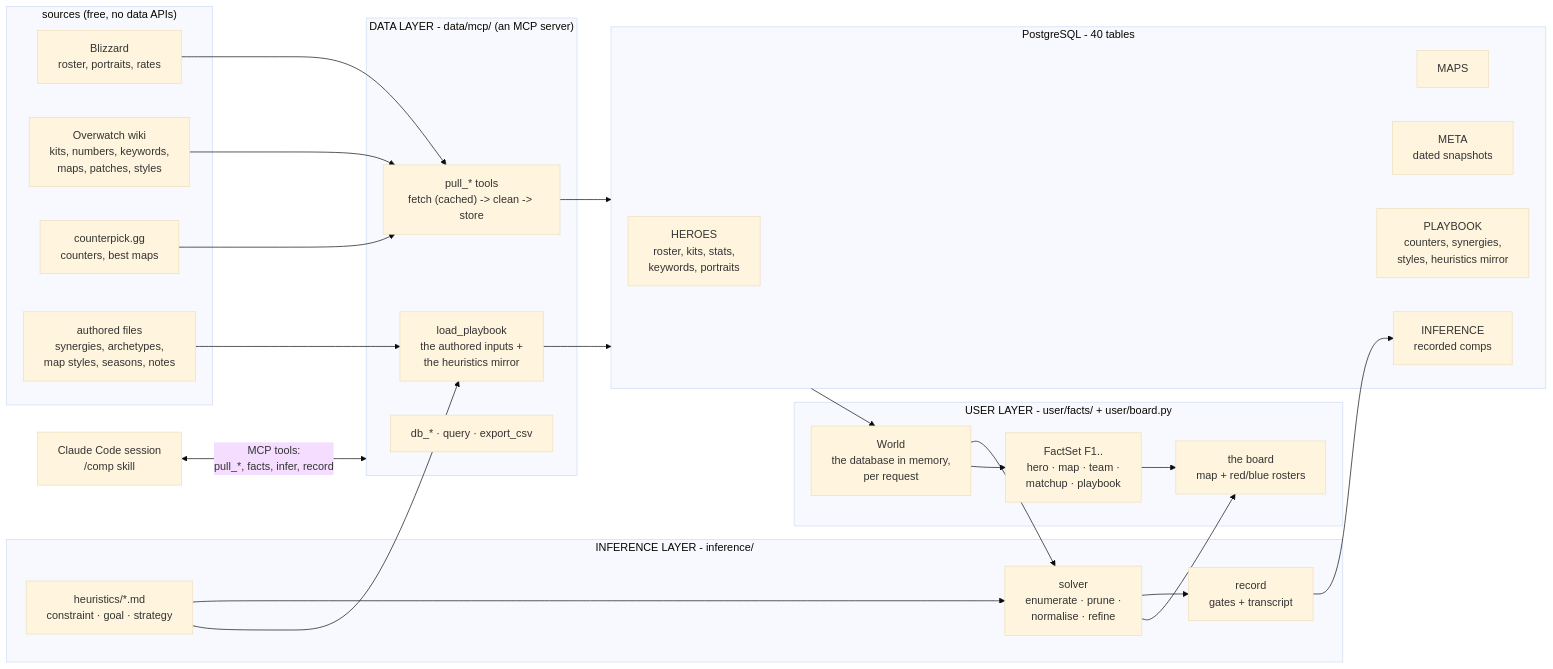
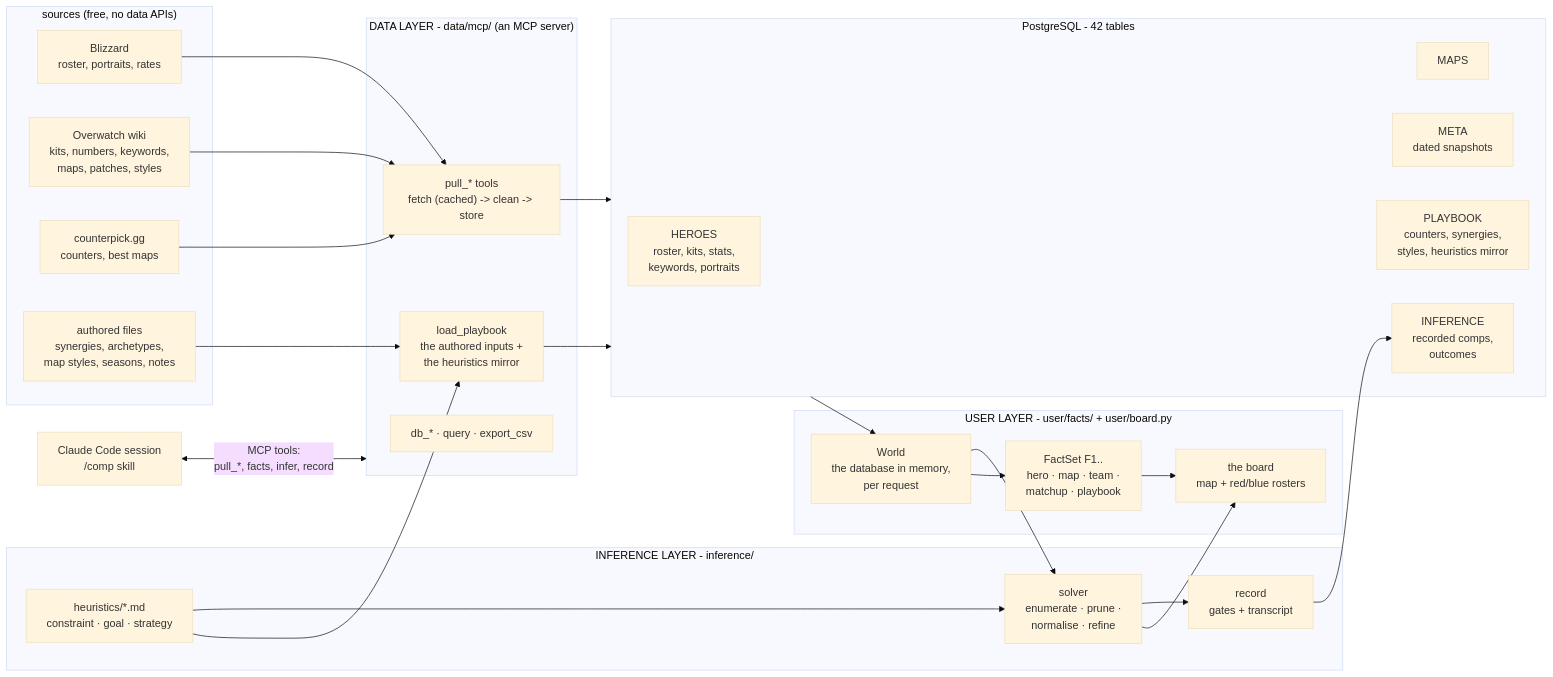
The first of 6 diagrams in docs/architecture.md (mmikol/counter-utility-matrix), drawn with Mermaid (base theme) before and after one commit. The commit also changed other lines of this file and 23 other files, not shown here.

````diff
--- a/docs/architecture.md
+++ b/docs/architecture.md
@@ -7,46 +7,46 @@
 ```mermaid
 flowchart LR
     subgraph SOURCES["sources (free, no data APIs)"]
         BLZ["Blizzard<br/>roster, portraits, rates"]
         WIKI["Overwatch wiki<br/>kits, numbers, keywords,<br/>maps, patches, styles"]
         CPK["counterpick.gg<br/>counters, best maps"]
         CSV["authored files<br/>synergies, archetypes,<br/>map styles, seasons, notes"]
     end
 
     subgraph DATA["DATA LAYER - data/mcp/ (an MCP server)"]
         PULL["pull_* tools<br/>fetch (cached) -> clean -> store"]
         PLAY["load_playbook<br/>the authored inputs +<br/>the heuristics mirror"]
         DBT["db_* · query · export_csv"]
     end
 
-    subgraph PG["PostgreSQL - 40 tables"]
+    subgraph PG["PostgreSQL - 42 tables"]
         HEROES["HEROES<br/>roster, kits, stats,<br/>keywords, portraits"]
         MAPS["MAPS"]
         META["META<br/>dated snapshots"]
         PLAYBOOK["PLAYBOOK<br/>counters, synergies,<br/>styles, heuristics mirror"]
-        INF["INFERENCE<br/>recorded comps"]
+        INF["INFERENCE<br/>recorded comps,<br/>outcomes"]
     end
 
     subgraph USER["USER LAYER - user/facts/ + user/board.py"]
         WORLD["World<br/>the database in memory,<br/>per request"]
         FACTS["FactSet F1..<br/>hero · map · team ·<br/>matchup · playbook"]
         BOARD["the board<br/>map + red/blue rosters"]
     end
 
     subgraph INFER["INFERENCE LAYER - inference/"]
         HEUR["heuristics/*.md<br/>constraint · goal · strategy"]
         SOLVER["solver<br/>enumerate · prune ·<br/>normalise · refine"]
         REC["record<br/>gates + transcript"]
     end
 
     BLZ & WIKI & CPK --> PULL
     CSV --> PLAY
     HEUR --> PLAY
     PULL & PLAY --> PG
     PG --> WORLD --> FACTS --> BOARD
     WORLD --> SOLVER
     HEUR --> SOLVER
     SOLVER --> BOARD
     SOLVER --> REC --> INF
     CHAT["Claude Code session<br/>/comp skill"] <-->|"MCP tools:<br/>pull_*, facts, infer, record"| DATA
 ```
````
